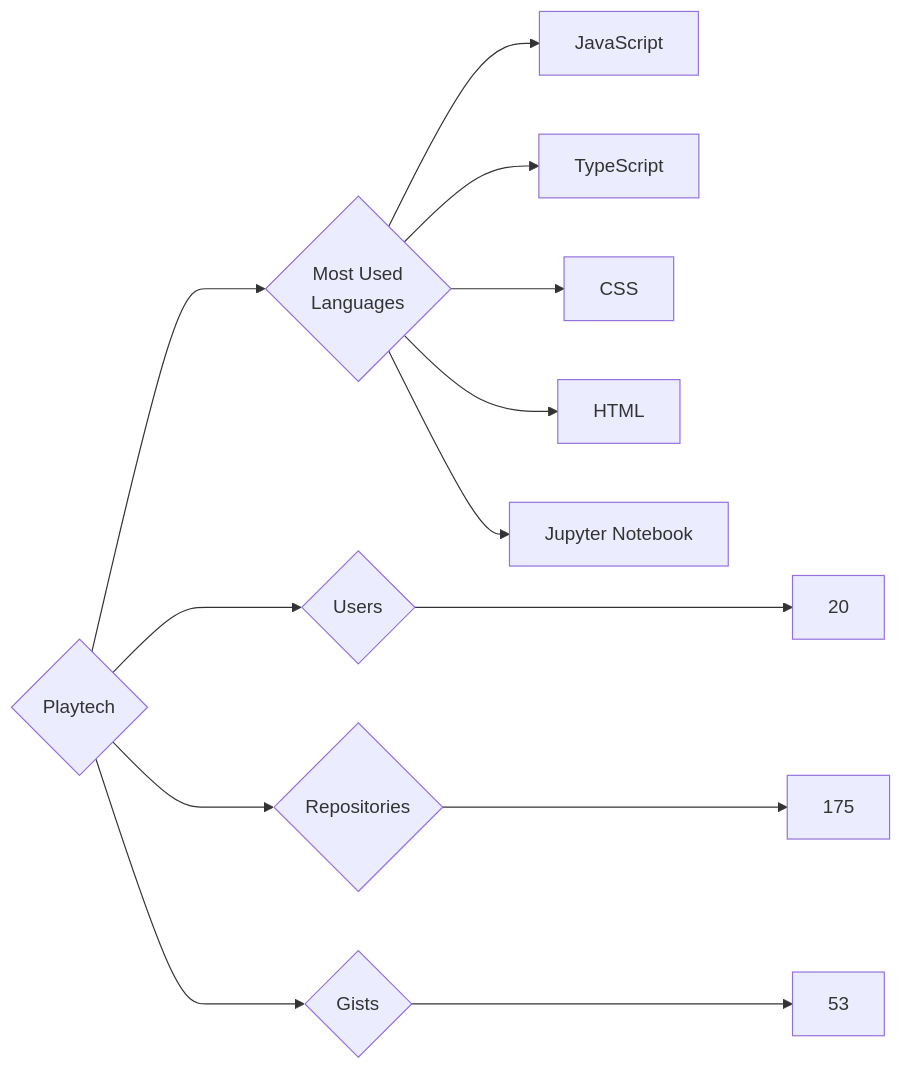
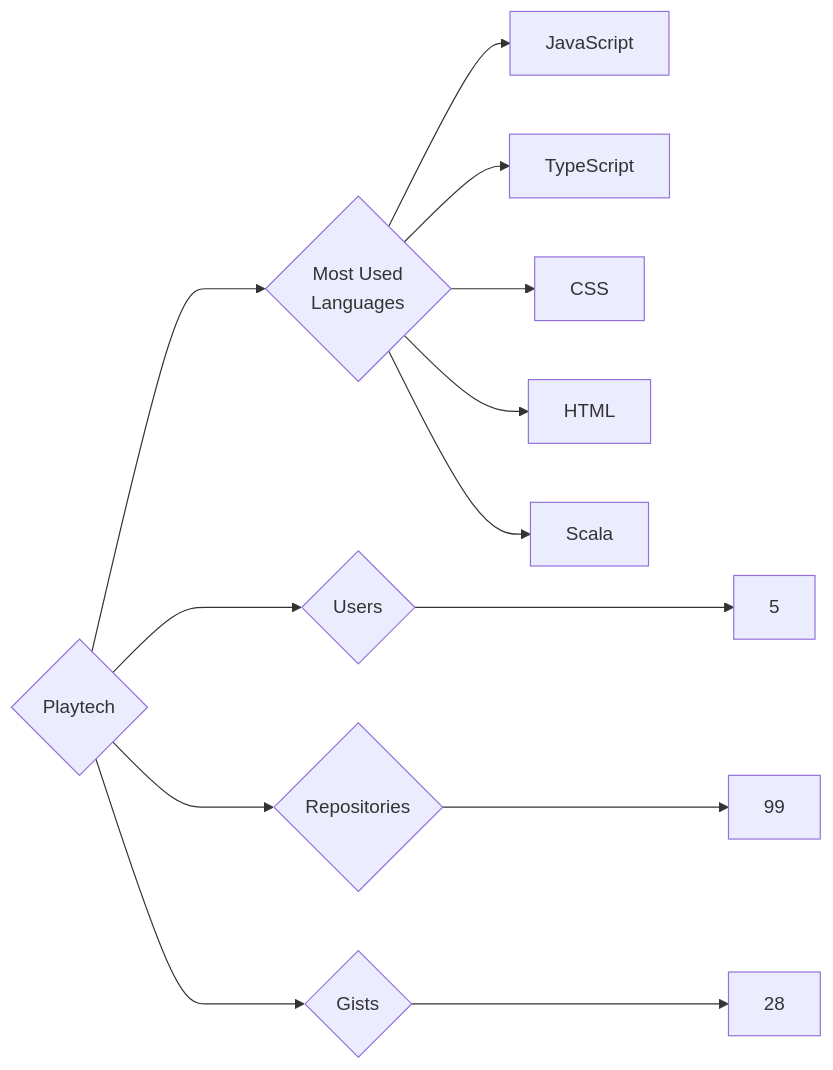
One commit to trickest/insiders changed the diagram in targets/Playtech/README.md. Above: the diagram before and after it, drawn with Mermaid. The commit also changed 928 other files, not shown here.

````diff
--- a/targets/Playtech/README.md
+++ b/targets/Playtech/README.md
@@ -3,13 +3,13 @@
 ```mermaid
 graph LR
 COMPANY_NAME{Playtech}
-COMPANY_NAME ---> U{Users} ---> UN[20]
-COMPANY_NAME ---> R{Repositories} ---> RN[175]
-COMPANY_NAME ---> G{Gists} ---> GN[53]
+COMPANY_NAME ---> U{Users} ---> UN[5]
+COMPANY_NAME ---> R{Repositories} ---> RN[99]
+COMPANY_NAME ---> G{Gists} ---> GN[28]
 COMPANY_NAME ---> ML{Most Used<br>Languages}
 ML --> JavaScript[JavaScript]
 ML --> TypeScript[TypeScript]
 ML --> CSS[CSS]
 ML --> HTML[HTML]
-ML --> Jupyter_Notebook[Jupyter Notebook]
+ML --> Scala[Scala]
 ```
````
